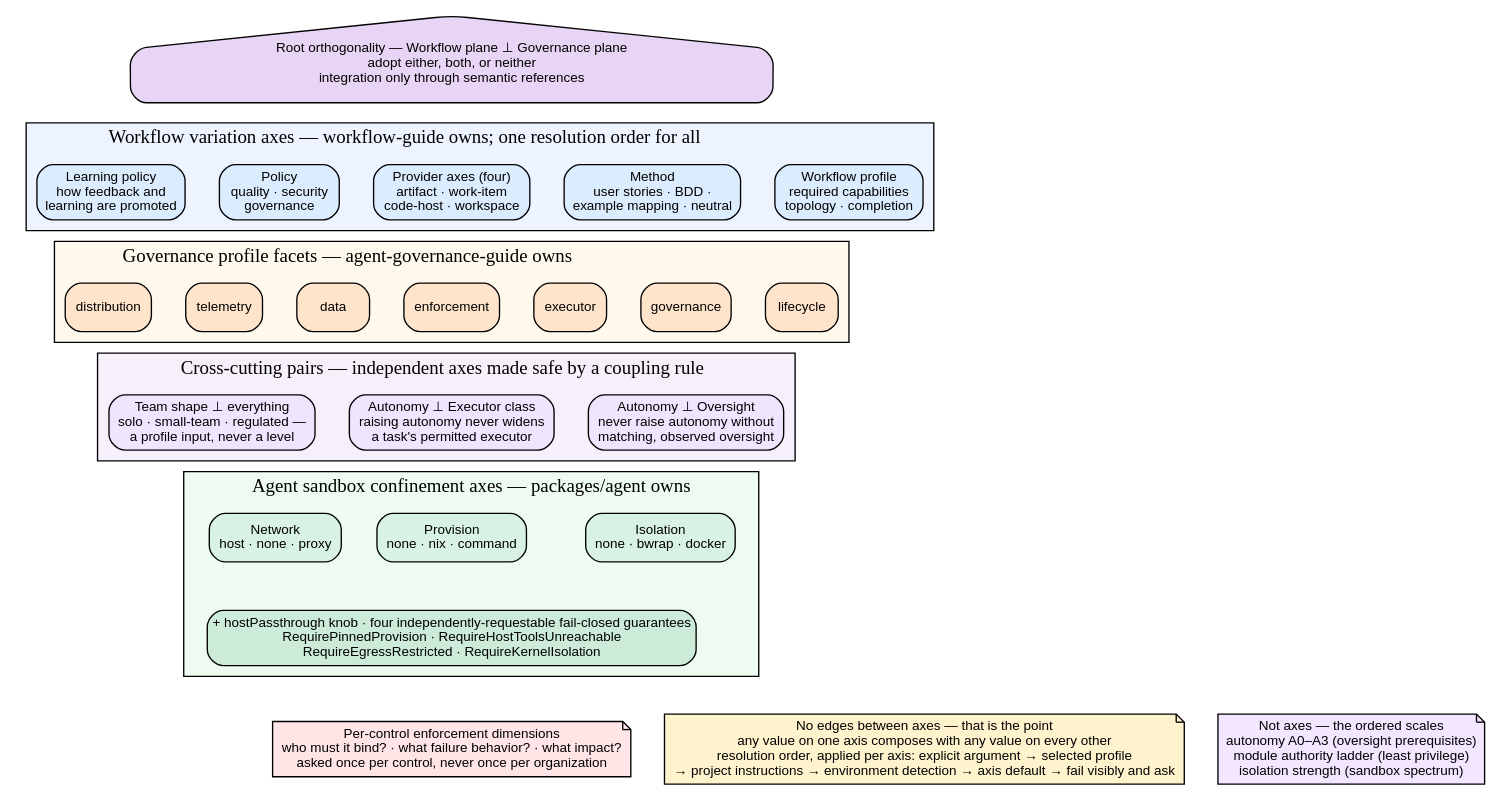
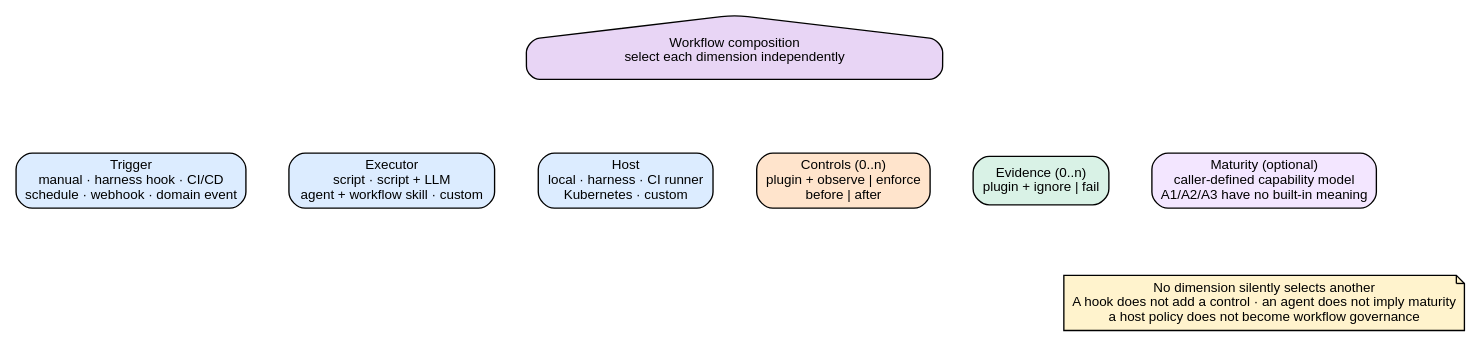
Before and after one commit to xonovex/platform: the diagram in packages/diagram/diagram-agent-workflow/variation-axes.dot, drawn with Graphviz. The commit also changed 316 other files, not shown here.

Commit message:
refactor: decouple workflow execution controls

```diff
--- a/packages/diagram/diagram-agent-workflow/variation-axes.dot
+++ b/packages/diagram/diagram-agent-workflow/variation-axes.dot
@@ -1,85 +1,30 @@
 digraph VariationAxes {
   rankdir=TB;
-  compound=true;
   newrank=true;
-  splines=polyline;
-  nodesep=0.35;
-  ranksep=0.5;
+  nodesep=0.45;
+  ranksep=0.7;
 
-  node [shape=box, style="rounded,filled", fillcolor=white, fontname="Arial", fontsize=10];
+  node [shape=box, style="rounded,filled", fontname="Arial", fontsize=10];
   edge [fontname="Arial", fontsize=9];
 
-  planes [label="Root orthogonality — Workflow plane ⊥ Governance plane\nadopt either, both, or neither\nintegration only through semantic references", shape=house, fillcolor="#e8d5f5"];
+  composition [label="Workflow composition\nselect each dimension independently", shape=house, fillcolor="#e8d5f5"];
 
-  subgraph cluster_workflow {
-    label="Workflow variation axes — workflow-guide owns; one resolution order for all";
-    labeljust=l;
-    style=filled;
-    fillcolor="#edf4ff";
+  trigger [label="Trigger\nmanual · harness hook · CI/CD\nschedule · webhook · domain event", fillcolor="#dcecff"];
+  executor [label="Executor\nscript · script + LLM\nagent + workflow skill · custom", fillcolor="#dcecff"];
+  host [label="Host\nlocal · harness · CI runner\nKubernetes · custom", fillcolor="#dcecff"];
+  controls [label="Controls (0..n)\nplugin + observe | enforce\nbefore | after", fillcolor="#ffe4cc"];
+  evidence [label="Evidence (0..n)\nplugin + ignore | fail", fillcolor="#d9f2e6"];
+  maturity [label="Maturity (optional)\ncaller-defined capability model\nA1/A2/A3 have no built-in meaning", fillcolor="#f3e6ff"];
 
-    wprofile [label="Workflow profile\nrequired capabilities\ntopology · completion", fillcolor="#dcecff"];
-    wmethod [label="Method\nuser stories · BDD ·\nexample mapping · neutral", fillcolor="#dcecff"];
-    wproviders [label="Provider axes (four)\nartifact · work-item\ncode-host · workspace", fillcolor="#dcecff"];
-    wpolicy [label="Policy\nquality · security\ngovernance", fillcolor="#dcecff"];
-    wlearning [label="Learning policy\nhow feedback and\nlearning are promoted", fillcolor="#dcecff"];
+  composition -> trigger [style=invis];
+  composition -> executor [style=invis];
+  composition -> host [style=invis];
+  composition -> controls [style=invis];
+  composition -> evidence [style=invis];
+  composition -> maturity [style=invis];
+  {rank=same; trigger; executor; host;}
+  {rank=same; controls; evidence; maturity;}
 
-    {rank=same; wprofile; wmethod; wproviders; wpolicy; wlearning;}
-  }
-
-  subgraph cluster_governance {
-    label="Governance profile facets — agent-governance-guide owns";
-    labeljust=l;
-    style=filled;
-    fillcolor="#fff8ec";
-
-    f1 [label="lifecycle", fillcolor="#ffe4cc"];
-    f2 [label="governance", fillcolor="#ffe4cc"];
-    f3 [label="executor", fillcolor="#ffe4cc"];
-    f4 [label="enforcement", fillcolor="#ffe4cc"];
-    f5 [label="data", fillcolor="#ffe4cc"];
-    f6 [label="telemetry", fillcolor="#ffe4cc"];
-    f7 [label="distribution", fillcolor="#ffe4cc"];
-
-    {rank=same; f1; f2; f3; f4; f5; f6; f7;}
-  }
-
-  subgraph cluster_cross {
-    label="Cross-cutting pairs — independent axes made safe by a coupling rule";
-    labeljust=l;
-    style=filled;
-    fillcolor="#f6f0fb";
-
-    c1 [label="Autonomy ⊥ Oversight\nnever raise autonomy without\nmatching, observed oversight", fillcolor="#efe5ff"];
-    c2 [label="Autonomy ⊥ Executor class\nraising autonomy never widens\na task's permitted executor", fillcolor="#efe5ff"];
-    c3 [label="Team shape ⊥ everything\nsolo · small-team · regulated —\na profile input, never a level", fillcolor="#efe5ff"];
-
-    {rank=same; c1; c2; c3;}
-  }
-
-  subgraph cluster_sandbox {
-    label="Agent sandbox confinement axes — packages/agent owns";
-    labeljust=l;
-    style=filled;
-    fillcolor="#eefbf1";
-
-    iso [label="Isolation\nnone · bwrap · docker", fillcolor="#d8f2e3"];
-    prov [label="Provision\nnone · nix · command", fillcolor="#d8f2e3"];
-    net [label="Network\nhost · none · proxy", fillcolor="#d8f2e3"];
-    guarantees [label="+ hostPassthrough knob · four independently-requestable fail-closed guarantees\nRequirePinnedProvision · RequireHostToolsUnreachable\nRequireEgressRestricted · RequireKernelIsolation", fillcolor="#ccebd8"];
-
-    {rank=same; iso; prov; net;}
-  }
-
-  planes -> wproviders [style=invis];
-  wproviders -> f4 [style=invis];
-  f4 -> c2 [style=invis];
-  c2 -> prov [style=invis];
-  prov -> guarantees [style=invis];
-
-  independence [label="No edges between axes — that is the point\nany value on one axis composes with any value on every other\nresolution order, applied per axis: explicit argument → selected profile\n→ project instructions → environment detection → axis default → fail visibly and ask", shape=note, fillcolor="#fff3cd"];
-  percontrol [label="Per-control enforcement dimensions\nwho must it bind? · what failure behavior? · what impact?\nasked once per control, never once per organization", shape=note, fillcolor="#ffe5e5"];
-  ordered [label="Not axes — the ordered scales\nautonomy A0–A3 (oversight prerequisites)\nmodule authority ladder (least privilege)\nisolation strength (sandbox spectrum)", shape=note, fillcolor="#f3e6ff"];
-
-  {rank=same; independence; percontrol; ordered;}
-  guarantees -> percontrol [style=invis];
+  rule [label="No dimension silently selects another\nA hook does not add a control · an agent does not imply maturity\na host policy does not become workflow governance", shape=note, fillcolor="#fff3cd"];
+  maturity -> rule [style=invis];
 }
```
